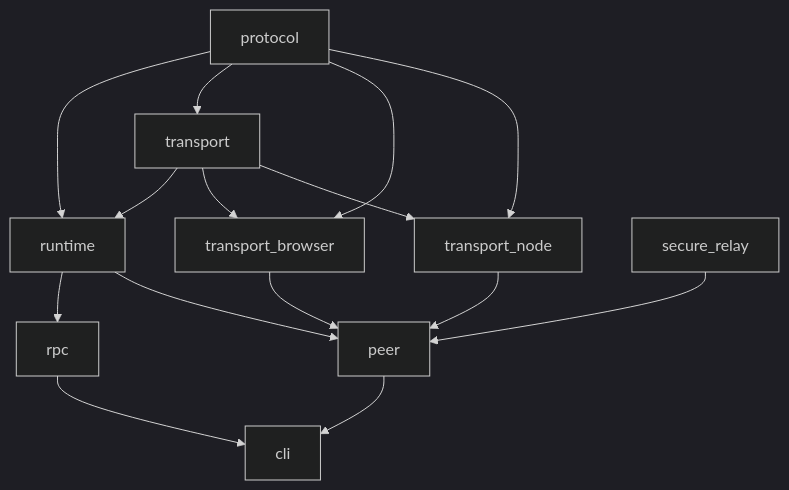
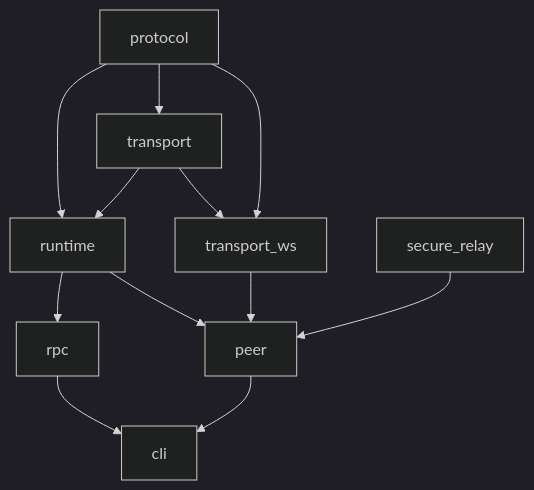
One commit to sidebandtech/sideband changed the diagram in docs/architecture/project-structure.md. Above: the diagram before and after it, drawn with Mermaid (dark theme). The commit also changed other lines of this file and 142 other files, not shown here.

Commit message:
feat: add peer SDK and WebSocket transport (#19)

````diff
--- a/docs/architecture/project-structure.md
+++ b/docs/architecture/project-structure.md
@@ -80,17 +76,14 @@
 ```mermaid
 graph TD
   protocol --> runtime
   protocol --> transport
   transport --> runtime
-  protocol --> transport_browser
-  protocol --> transport_node
-  transport --> transport_browser
-  transport --> transport_node
+  protocol --> transport_ws
+  transport --> transport_ws
   runtime --> rpc
   runtime --> peer
-  transport_browser --> peer
-  transport_node --> peer
+  transport_ws --> peer
   secure_relay --> peer
   peer --> cli
   rpc --> cli
 ```
````
